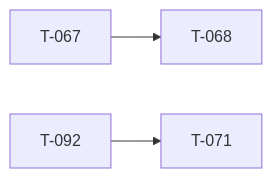
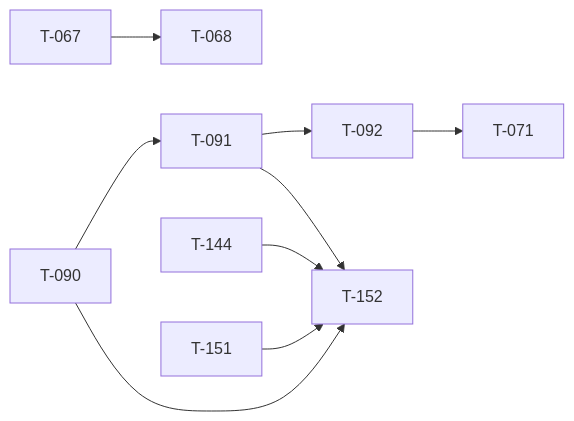
One commit to darkforce09/TBD-reforger changed the diagram in docs/TICKET_LEAD.md. Above: the diagram before and after it, drawn with Mermaid. The commit also changed other lines of this file and 33 other files, not shown here.

````diff
--- a/docs/TICKET_LEAD.md
+++ b/docs/TICKET_LEAD.md
@@ -30,5 +31,11 @@
 ```mermaid
 flowchart LR
   T067[T-067] --> T068[T-068]
   T092[T-092] --> T071[T-071]
+  T090[T-090] --> T091[T-091]
+  T091[T-091] --> T092[T-092]
+  T090[T-090] --> T152[T-152]
+  T091[T-091] --> T152[T-152]
+  T144[T-144] --> T152[T-152]
+  T151[T-151] --> T152[T-152]
 ```
````
